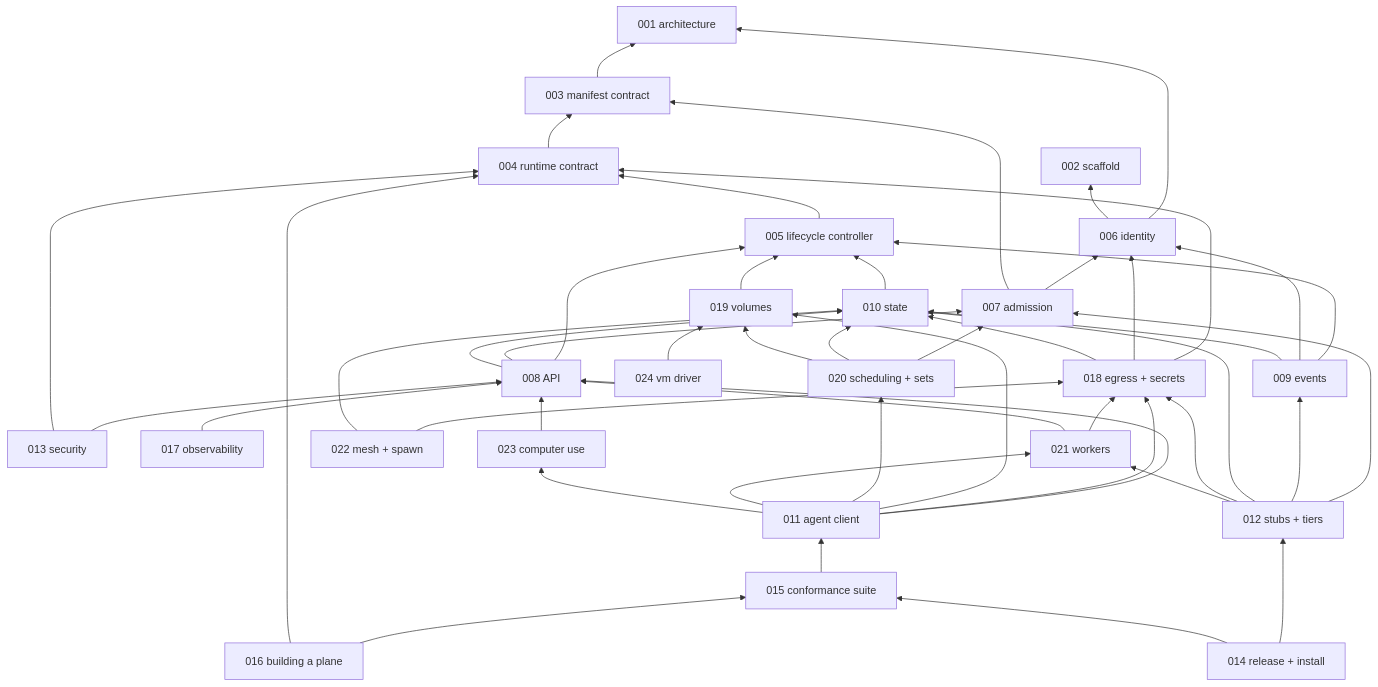
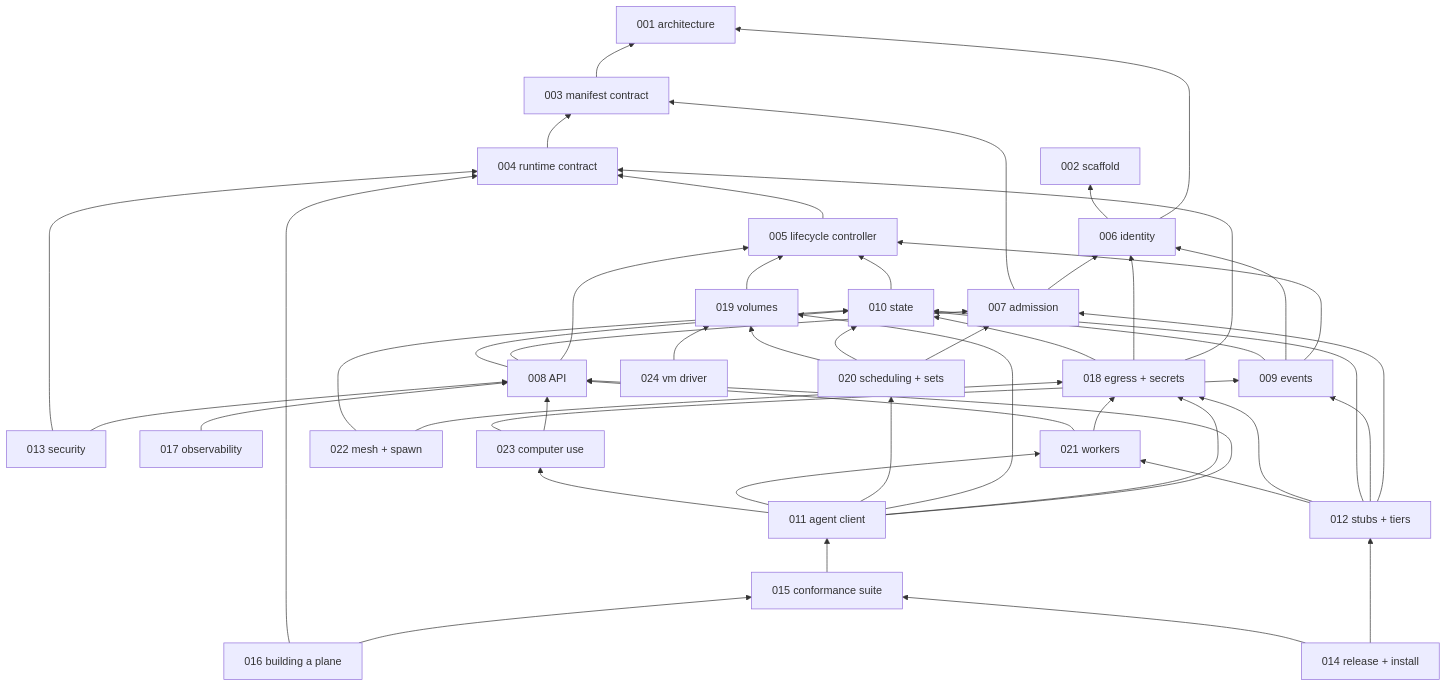
One commit to latere-ai/cella changed the second of 2 diagrams in specs/README.md. Above: the diagram before and after it, drawn with Mermaid. The commit also changed other lines of this file and 5 other files, not shown here.

````diff
--- a/specs/README.md
+++ b/specs/README.md
@@ -82,73 +82,74 @@
 ```mermaid
 flowchart BT
   S001[001 architecture]
   S002[002 scaffold]
   S003[003 manifest contract]
   S004[004 runtime contract]
   S005[005 lifecycle controller]
   S006[006 identity]
   S007[007 admission]
   S008[008 API]
   S009[009 events]
   S010[010 state]
   S011[011 agent client]
   S012[012 stubs + tiers]
   S013[013 security]
   S014[014 release + install]
   S015[015 conformance suite]
   S016[016 building a plane]
   S017[017 observability]
   S018[018 egress + secrets]
   S019[019 volumes]
   S020[020 scheduling + sets]
   S021[021 workers]
   S022[022 mesh + spawn]
   S023[023 computer use]
   S024[024 vm driver]
   S003 --> S001
   S004 --> S003
   S005 --> S004
   S006 --> S001
   S006 --> S002
   S007 --> S006
   S007 --> S003
   S008 --> S005
   S008 --> S007
   S008 --> S010
   S009 --> S005
   S009 --> S006
   S009 --> S010
   S010 --> S005
   S011 --> S008
   S011 --> S018
   S011 --> S019
   S011 --> S020
   S011 --> S021
   S011 --> S023
   S012 --> S007
   S012 --> S009
   S012 --> S010
   S012 --> S018
   S012 --> S021
   S013 --> S008
   S013 --> S004
   S014 --> S012
   S014 --> S015
   S015 --> S011
   S016 --> S015
   S016 --> S004
   S017 --> S008
   S018 --> S004
   S018 --> S006
   S018 --> S010
   S019 --> S005
   S020 --> S007
   S020 --> S010
   S020 --> S019
   S021 --> S018
   S021 --> S008
   S022 --> S018
   S022 --> S010
   S023 --> S008
+  S023 --> S009
   S024 --> S019
 ```
````
